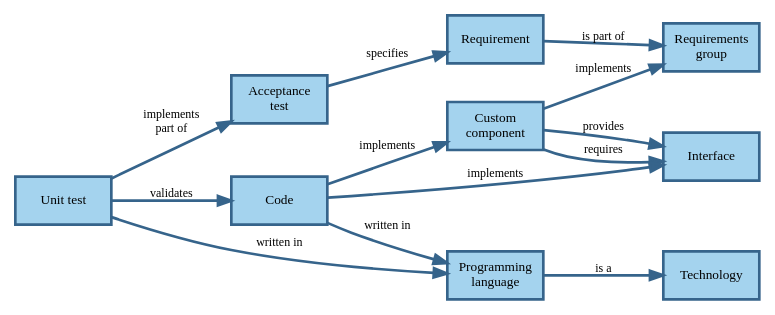
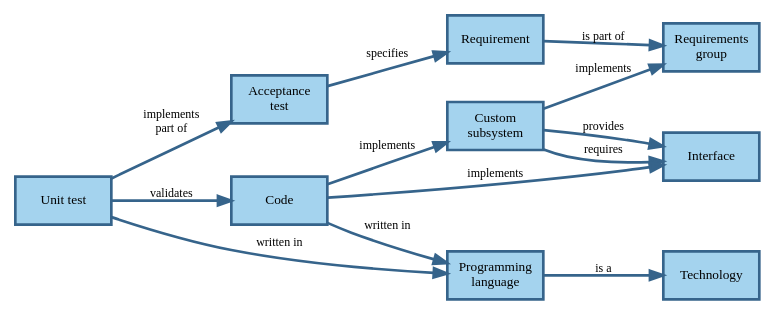
Before and after one commit to setms/book: the second of 2 diagrams in docs/design/analysis.md, drawn with Graphviz. The commit also changed other lines of this file, not shown here.

````diff
--- a/docs/design/analysis.md
+++ b/docs/design/analysis.md
@@ -126,31 +126,31 @@
 ```dot process
 digraph coding {
   node [shape=rect, style="filled", fixedsize=true, width=1, height=0.5, fillcolor=lightskyblue2,
     color=steelblue4, penwidth=2, fontsize=10];
   edge [fontsize=9, color=steelblue4, penwidth=2];
   rankdir=LR;
 
   R [label="Requirement"];
   RG [label="Requirements\ngroup"];
-  CC [label="Custom\ncomponent"];
+  CC [label="Custom\nsubsystem"];
   I [label="Interface"];
   AT [label="Acceptance\ntest"];
   UT [label="Unit test"];
   C [label="Code"];
   PL [label="Programming\nlanguage"];
   T [label="Technology"];
 
   AT -> R [label="specifies"];
   UT -> AT [label="implements\npart of"];
   UT -> C [label="validates"];
   C -> CC [label="implements"];
   C -> I [label="implements"];
   CC -> RG [label="implements"];
   R -> RG [label="is part of"];
   CC -> I [label="provides"];
   CC -> I [label="requires"];
   C -> PL [label="written in"];
   UT -> PL [label="written in"];
   PL -> T [label="is a"];
 }
 ```
````
